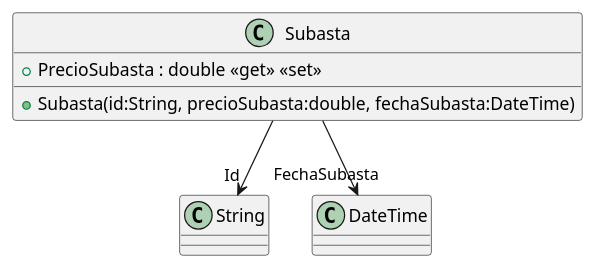
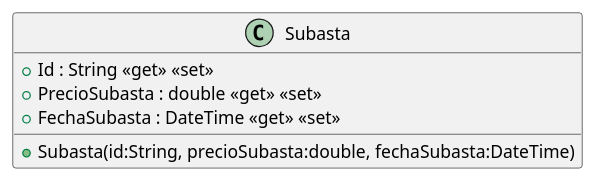
Before and after one commit to ISII2627LosElnes/ISII2627LosElnes: the diagram in src/AppForSEII.API/ClassDiagram/Subasta.puml, drawn with PlantUML. The commit also changed 12 other files, not shown here.

```diff
--- a/src/AppForSEII.API/ClassDiagram/Subasta.puml
+++ b/src/AppForSEII.API/ClassDiagram/Subasta.puml
@@ -1,8 +1,8 @@
 @startuml
 class Subasta {
     + Subasta(id:String, precioSubasta:double, fechaSubasta:DateTime)
+    + Id : String <<get>> <<set>>
     + PrecioSubasta : double <<get>> <<set>>
+    + FechaSubasta : DateTime <<get>> <<set>>
 }
-Subasta --> "Id" String
-Subasta --> "FechaSubasta" DateTime
 @enduml
```
